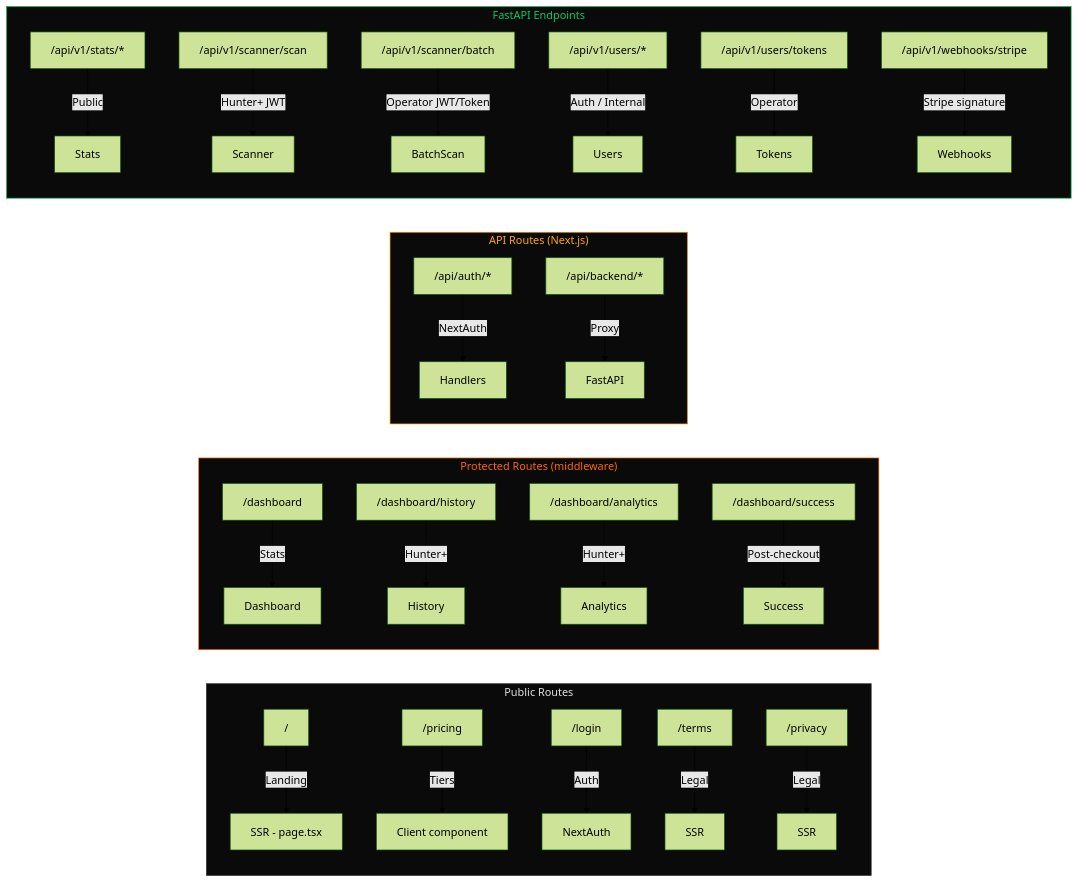
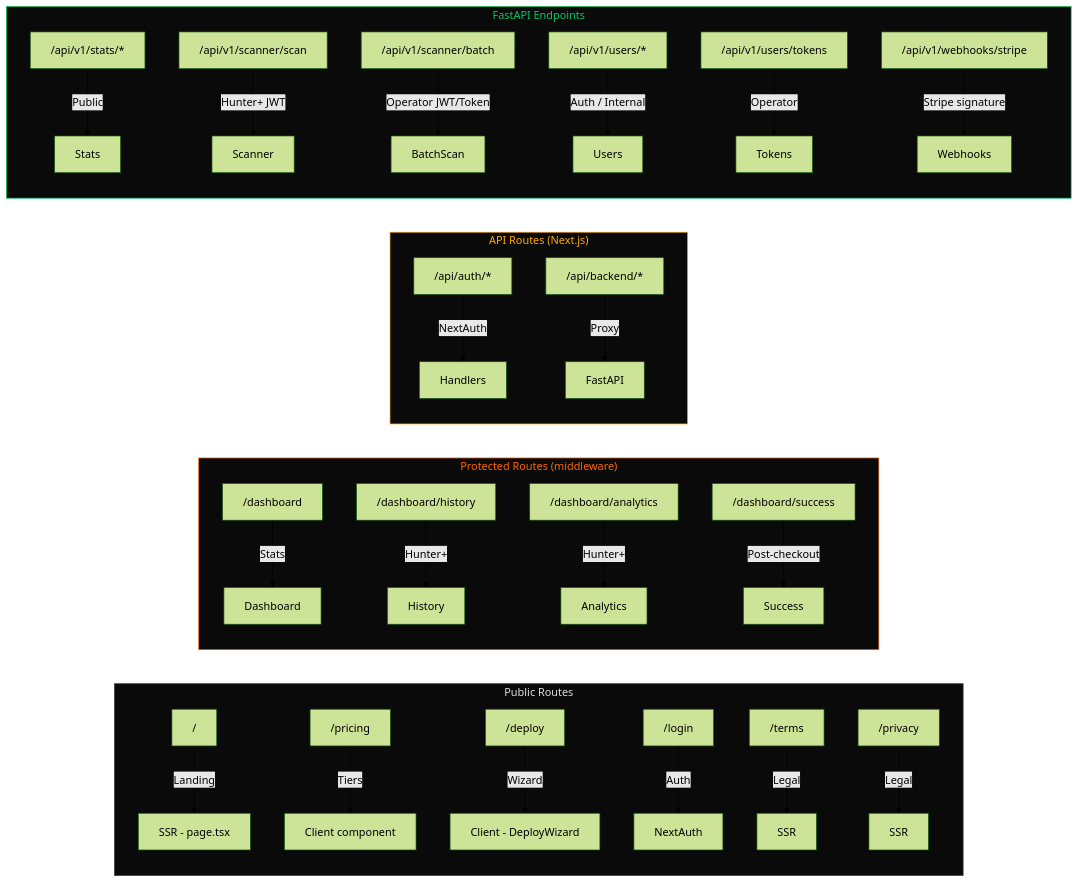
One commit to nabz0r/deadinternet.report changed the seventh of 10 diagrams in docs/ARCHITECTURE.md. Above: the diagram before and after it, drawn with Mermaid (forest theme). The commit also changed other lines of this file and 2 other files, not shown here.

First line of the commit message:
Update docs for deployment wizard page

````diff
--- a/docs/ARCHITECTURE.md
+++ b/docs/ARCHITECTURE.md
@@ -343,36 +343,37 @@
 ```mermaid
 graph LR
     subgraph Public["Public Routes"]
         LP["/"] -->|Landing| SSR["SSR - page.tsx"]
         PR["/pricing"] -->|Tiers| Client["Client component"]
+        DP["/deploy"] -->|Wizard| DeployWiz["Client - DeployWizard"]
         LG["/login"] -->|Auth| NextAuth
         TOS["/terms"] -->|Legal| SSR2["SSR"]
         PIV["/privacy"] -->|Legal| SSR3["SSR"]
     end
 
     subgraph Protected["Protected Routes (middleware)"]
         DB["/dashboard"] -->|Stats| Dashboard
         HI["/dashboard/history"] -->|Hunter+| History
         AN["/dashboard/analytics"] -->|Hunter+| Analytics
         SU["/dashboard/success"] -->|Post-checkout| Success
     end
 
     subgraph API["API Routes (Next.js)"]
         AUTH["/api/auth/*"] -->|NextAuth| Handlers
         BK["/api/backend/*"] -->|Proxy| FastAPI
     end
 
     subgraph Backend["FastAPI Endpoints"]
         ST["/api/v1/stats/*"] -->|Public| Stats
         SC["/api/v1/scanner/scan"] -->|Hunter+ JWT| Scanner
         BA["/api/v1/scanner/batch"] -->|Operator JWT/Token| BatchScan
         US["/api/v1/users/*"] -->|Auth / Internal| Users
         TK["/api/v1/users/tokens"] -->|Operator| Tokens
         WH["/api/v1/webhooks/stripe"] -->|Stripe signature| Webhooks
     end
 
     style Public fill:#0a0a0a,color:#e0e0e0,stroke:#333
     style Protected fill:#0a0a0a,color:#ff6600,stroke:#ff6600
     style API fill:#0a0a0a,color:#ffaa00,stroke:#ffaa00
     style Backend fill:#0a0a0a,color:#00cc66,stroke:#00cc66
 ```
````
